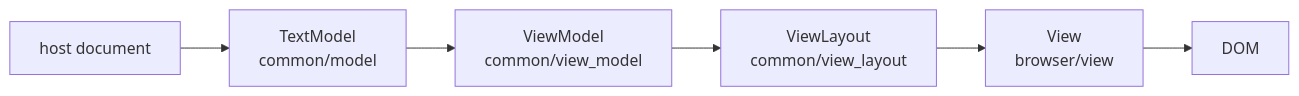
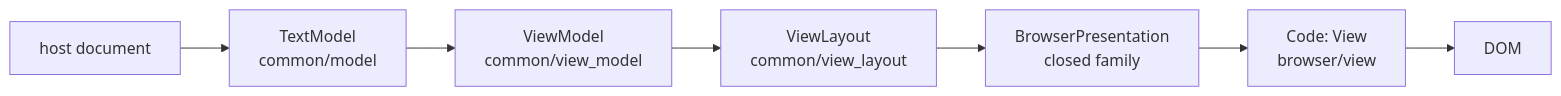
Before and after one commit to moonbitlang/editor: the first of 2 diagrams in docs/architecture.md, drawn with Mermaid. The commit also changed other lines of this file and 35 other files, not shown here.

````diff
--- a/docs/architecture.md
+++ b/docs/architecture.md
@@ -24,8 +24,9 @@
 ```mermaid
 flowchart LR
   A[host document] --> B[TextModel<br>common/model]
   B --> C[ViewModel<br>common/view_model]
   C --> D[ViewLayout<br>common/view_layout]
-  D --> E[View<br>browser/view]
-  E --> F[DOM]
+  D --> E[BrowserPresentation<br>closed family]
+  E --> F[Code: View<br>browser/view]
+  F --> G[DOM]
 ```
````
